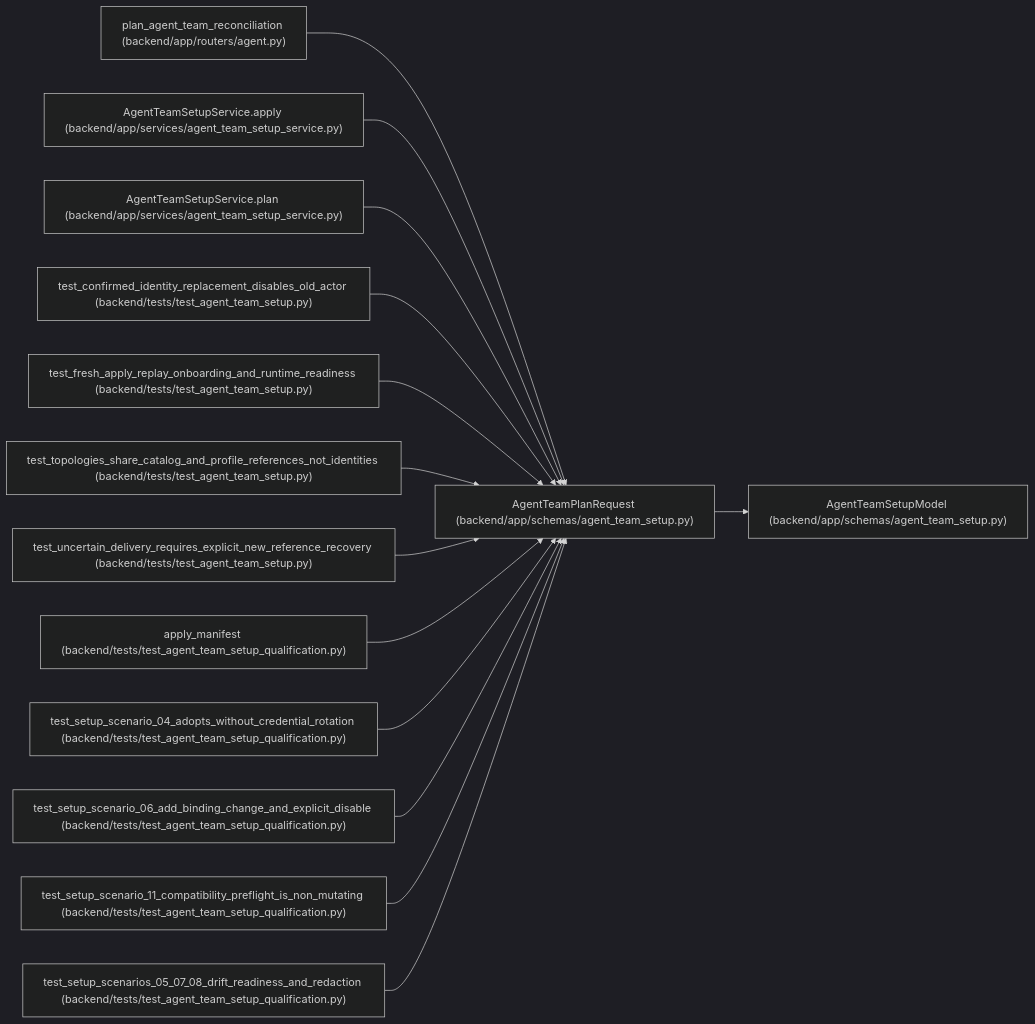
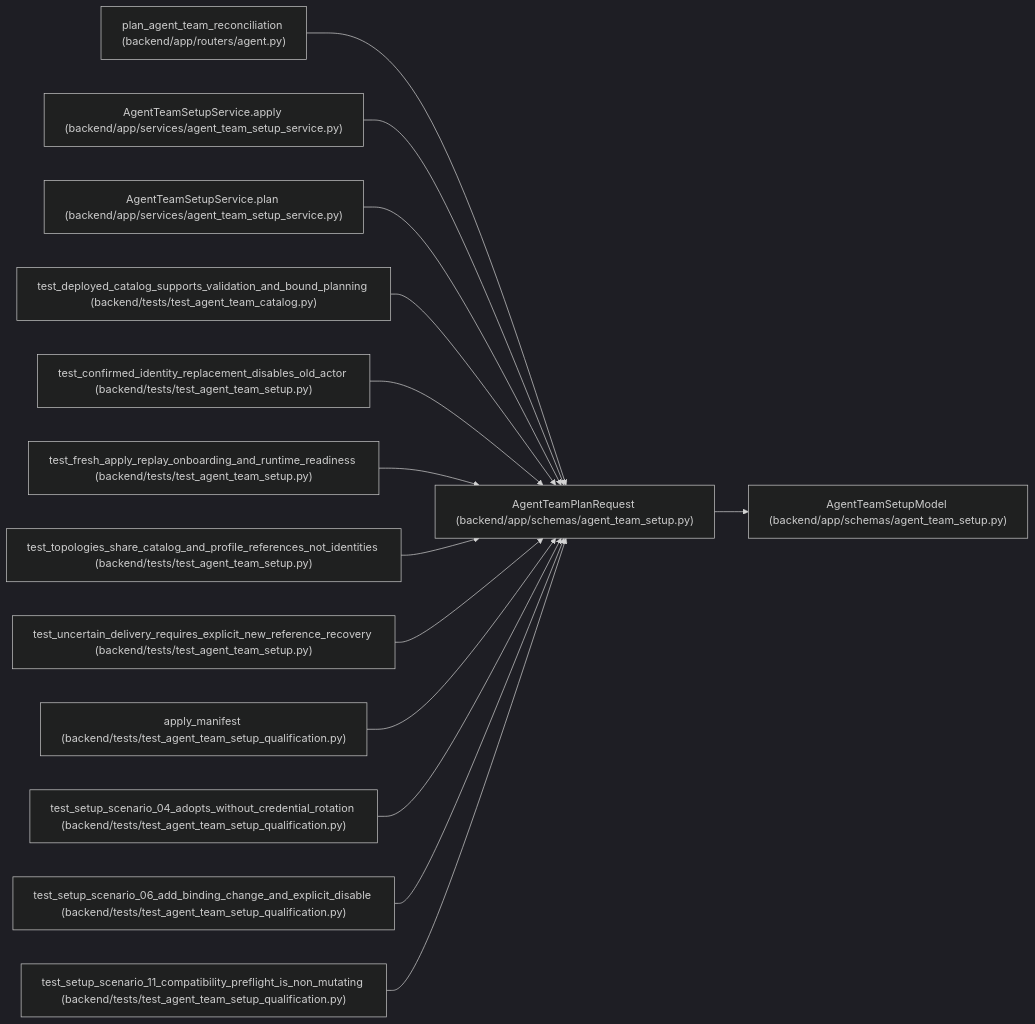
The diagram in docs/llm_wiki/entities/AgentTeamPlanRequest.md (Denissvgn/WorkChord), drawn with Mermaid (dark theme) before and after one commit. The commit also changed other lines of this file and 239 other files, not shown here.

Commit message:
docs(wiki): describe deployed catalog compatibility

````diff
--- a/docs/llm_wiki/entities/AgentTeamPlanRequest.md
+++ b/docs/llm_wiki/entities/AgentTeamPlanRequest.md
@@ -26,44 +26,44 @@
 ```mermaid
 flowchart LR
     n0["AgentTeamPlanRequest (backend/app/schemas/agent_team_setup.py)"]
     n1["AgentTeamSetupModel (backend/app/schemas/agent_team_setup.py)"]
     n2["plan_agent_team_reconciliation (backend/app/routers/agent.py)"]
     n3["AgentTeamSetupService.apply (backend/app/services/agent_team_setup_service.py)"]
     n4["AgentTeamSetupService.plan (backend/app/services/agent_team_setup_service.py)"]
-    n5["test_confirmed_identity_replacement_disables_old_actor (backend/tests/test_agent_team_setup.py)"]
-    n6["test_fresh_apply_replay_onboarding_and_runtime_readiness (backend/tests/test_agent_team_setup.py)"]
-    n7["test_topologies_share_catalog_and_profile_references_not_identities (backend/tests/test_agent_team_setup.py)"]
-    n8["test_uncertain_delivery_requires_explicit_new_reference_recovery (backend/tests/test_agent_team_setup.py)"]
-    n9["apply_manifest (backend/tests/test_agent_team_setup_qualification.py)"]
-    n10["test_setup_scenario_04_adopts_without_credential_rotation (backend/tests/test_agent_team_setup_qualification.py)"]
-    n11["test_setup_scenario_06_add_binding_change_and_explicit_disable (backend/tests/test_agent_team_setup_qualification.py)"]
-    n12["test_setup_scenario_11_compatibility_preflight_is_non_mutating (backend/tests/test_agent_team_setup_qualification.py)"]
-    n13["test_setup_scenarios_05_07_08_drift_readiness_and_redaction (backend/tests/test_agent_team_setup_qualification.py)"]
+    n5["test_deployed_catalog_supports_validation_and_bound_planning (backend/tests/test_agent_team_catalog.py)"]
+    n6["test_confirmed_identity_replacement_disables_old_actor (backend/tests/test_agent_team_setup.py)"]
+    n7["test_fresh_apply_replay_onboarding_and_runtime_readiness (backend/tests/test_agent_team_setup.py)"]
+    n8["test_topologies_share_catalog_and_profile_references_not_identities (backend/tests/test_agent_team_setup.py)"]
+    n9["test_uncertain_delivery_requires_explicit_new_reference_recovery (backend/tests/test_agent_team_setup.py)"]
+    n10["apply_manifest (backend/tests/test_agent_team_setup_qualification.py)"]
+    n11["test_setup_scenario_04_adopts_without_credential_rotation (backend/tests/test_agent_team_setup_qualification.py)"]
+    n12["test_setup_scenario_06_add_binding_change_and_explicit_disable (backend/tests/test_agent_team_setup_qualification.py)"]
+    n13["test_setup_scenario_11_compatibility_preflight_is_non_mutating (backend/tests/test_agent_team_setup_qualification.py)"]
     n0 --> n1
     n2 --> n0
     n3 --> n0
     n4 --> n0
     n5 --> n0
     n6 --> n0
     n7 --> n0
     n8 --> n0
     n9 --> n0
     n10 --> n0
     n11 --> n0
     n12 --> n0
     n13 --> n0
     click n0 "../modules/agent_team_setup.md"
     click n1 "../modules/agent_team_setup.md"
     click n2 "../modules/routers_agent.md"
     click n3 "../modules/agent_team_setup_service.md"
     click n4 "../modules/agent_team_setup_service.md"
-    click n5 "../modules/test_agent_team_setup.md"
+    click n5 "../modules/test_agent_team_catalog.md"
     click n6 "../modules/test_agent_team_setup.md"
     click n7 "../modules/test_agent_team_setup.md"
     click n8 "../modules/test_agent_team_setup.md"
-    click n9 "../modules/test_agent_team_setup_qualification.md"
+    click n9 "../modules/test_agent_team_setup.md"
     click n10 "../modules/test_agent_team_setup_qualification.md"
     click n11 "../modules/test_agent_team_setup_qualification.md"
     click n12 "../modules/test_agent_team_setup_qualification.md"
     click n13 "../modules/test_agent_team_setup_qualification.md"
 ```
````
